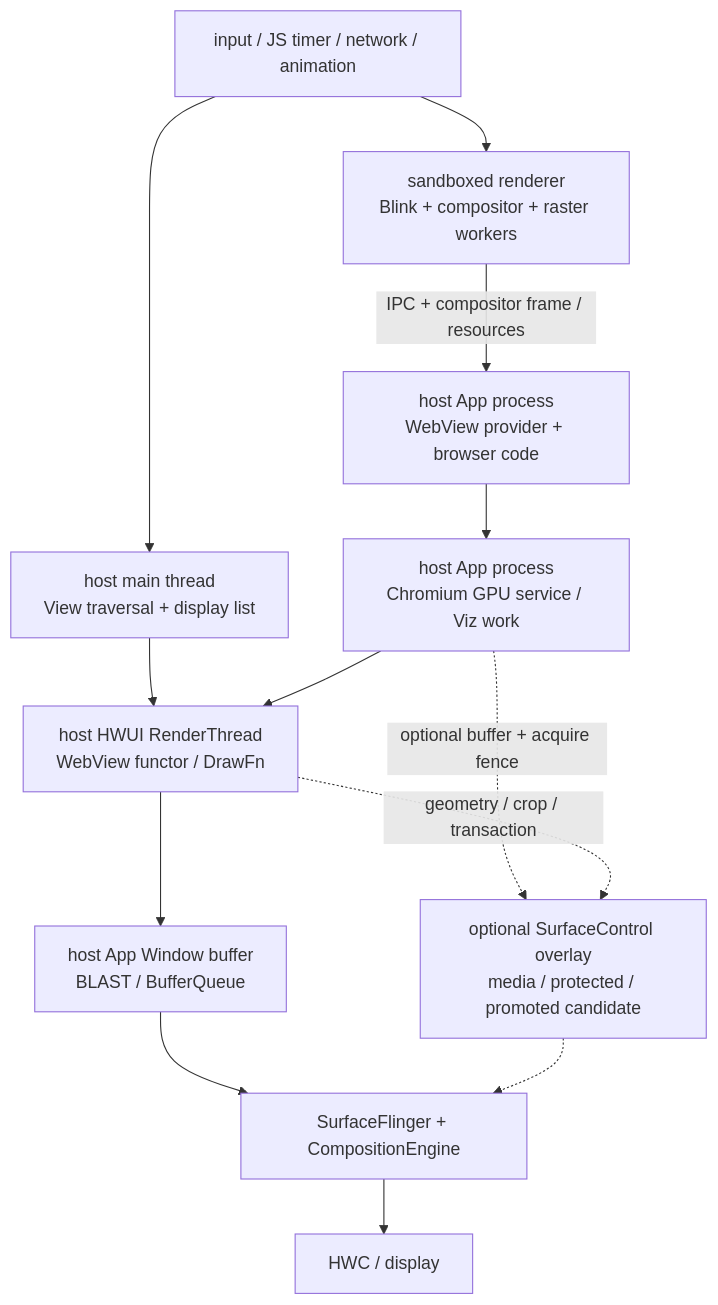
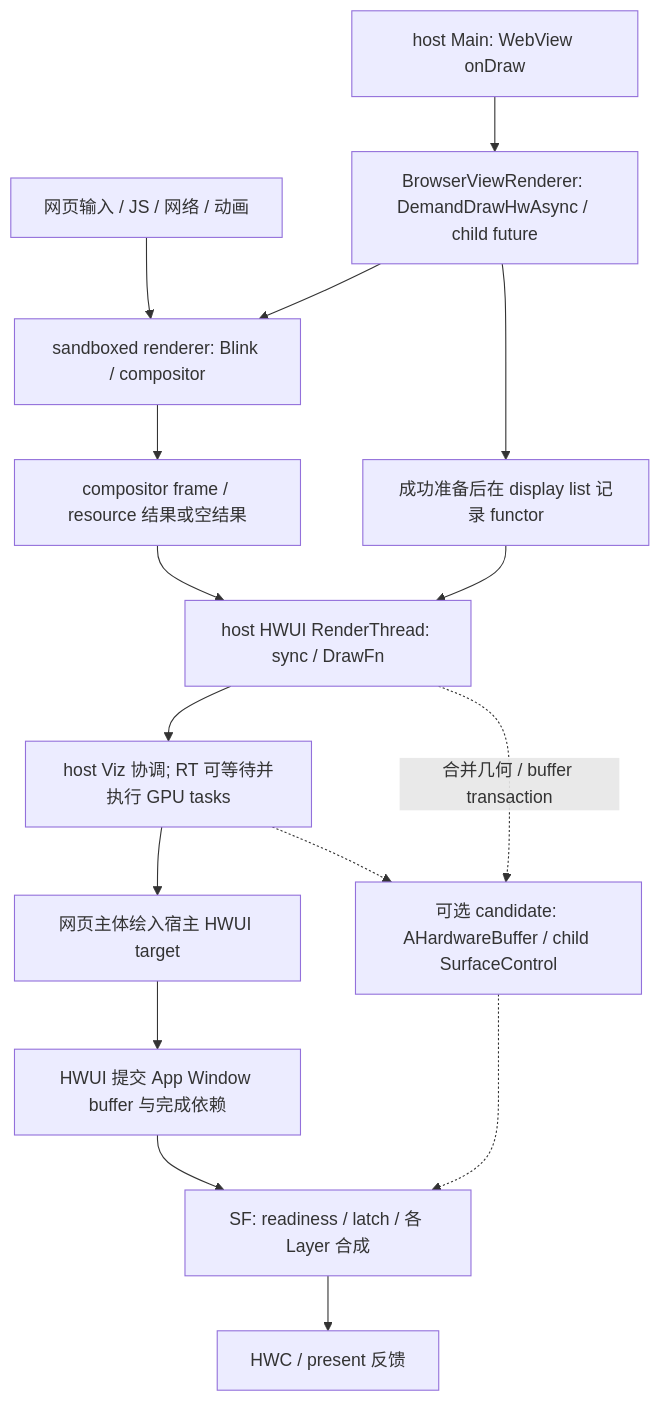
One commit to Gracker/android-internals-wiki changed the first of 2 diagrams in src/part2-performance/ch13-rendering-pipelines/09-webview-rendering.md. Above: the diagram before and after it, drawn with Mermaid. The commit also changed other lines of this file and 196 other files, not shown here.

````diff
--- a/src/part2-performance/ch13-rendering-pipelines/09-webview-rendering.md
+++ b/src/part2-performance/ch13-rendering-pipelines/09-webview-rendering.md
@@ -211,26 +229,18 @@
 ```mermaid
 flowchart TD
-    Input["input / JS timer / network / animation"]
-    Renderer["sandboxed renderer<br/>Blink + compositor + raster workers"]
-    HostBrowser["host App process<br/>WebView provider + browser code"]
-    GPU["host App process<br/>Chromium GPU service / Viz work"]
-    UI["host main thread<br/>View traversal + display list"]
-    RT["host HWUI RenderThread<br/>WebView functor / DrawFn"]
-    Window["host App Window buffer<br/>BLAST / BufferQueue"]
-    Overlay["optional SurfaceControl overlay<br/>media / protected / promoted candidate"]
-    SF["SurfaceFlinger + CompositionEngine"]
-    HWC["HWC / display"]
-
-    Input --> Renderer
-    Renderer -->|"IPC + compositor frame / resources"| HostBrowser
-    HostBrowser --> GPU
-    Input --> UI
-    UI --> RT
-    GPU --> RT
-    RT --> Window
-    GPU -. "optional buffer + acquire fence" .-> Overlay
-    RT -. "geometry / crop / transaction" .-> Overlay
-    Window --> SF
+    Page["网页输入 / JS / 网络 / 动画"] --> Renderer["sandboxed renderer: Blink / compositor"]
+    Main["host Main: WebView onDraw"] --> Demand["BrowserViewRenderer: DemandDrawHwAsync / child future"]
+    Demand --> Renderer
+    Renderer --> Future["compositor frame / resource 结果或空结果"]
+    Demand --> Record["成功准备后在 display list 记录 functor"]
+    Record --> RT["host HWUI RenderThread: sync / DrawFn"]
+    Future --> RT
+    RT --> Viz["host Viz 协调; RT 可等待并执行 GPU tasks"]
+    Viz --> Target["网页主体绘入宿主 HWUI target"]
+    Target --> Window["HWUI 提交 App Window buffer 与完成依赖"]
+    Viz -.-> Overlay["可选 candidate: AHardwareBuffer / child SurfaceControl"]
+    RT -.->|"合并几何 / buffer transaction"| Overlay
+    Window --> SF["SF: readiness / latch / 各 Layer 合成"]
     Overlay -.-> SF
-    SF --> HWC
+    SF --> Display["HWC / present 反馈"]
 ```
````
